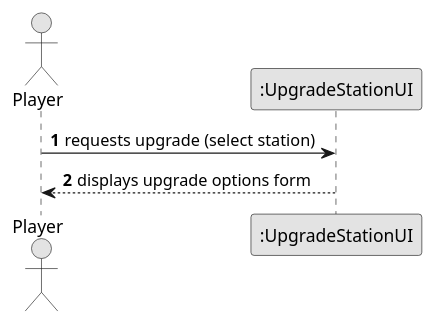
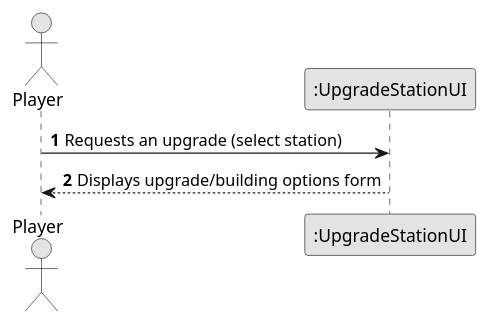
One commit to goncalolopesp/sem2-pi-24.25-g093-repo changed the diagram in docs/system-documentation/US006/03.design/puml/US006-SD-getInput.puml. Above: the diagram before and after it, drawn with PlantUML. The commit also changed 6 other files, not shown here.

```diff
--- a/docs/system-documentation/US006/03.design/puml/US006-SD-getInput.puml
+++ b/docs/system-documentation/US006/03.design/puml/US006-SD-getInput.puml
@@ -1,14 +1,14 @@
 @startuml US006-SD-getInput
 skinparam monochrome true
 skinparam packageStyle rectangle
 skinparam shadowing false
 
 autonumber
 
 actor "Player" as Player
 participant ":UpgradeStationUI" as UpgradeUI
 
-Player -> UpgradeUI : requests upgrade (select station)
-UpgradeUI --> Player : displays upgrade options form
+Player -> UpgradeUI : Requests an upgrade (select station)
+UpgradeUI --> Player : Displays upgrade/building options form
 
 @enduml
```
